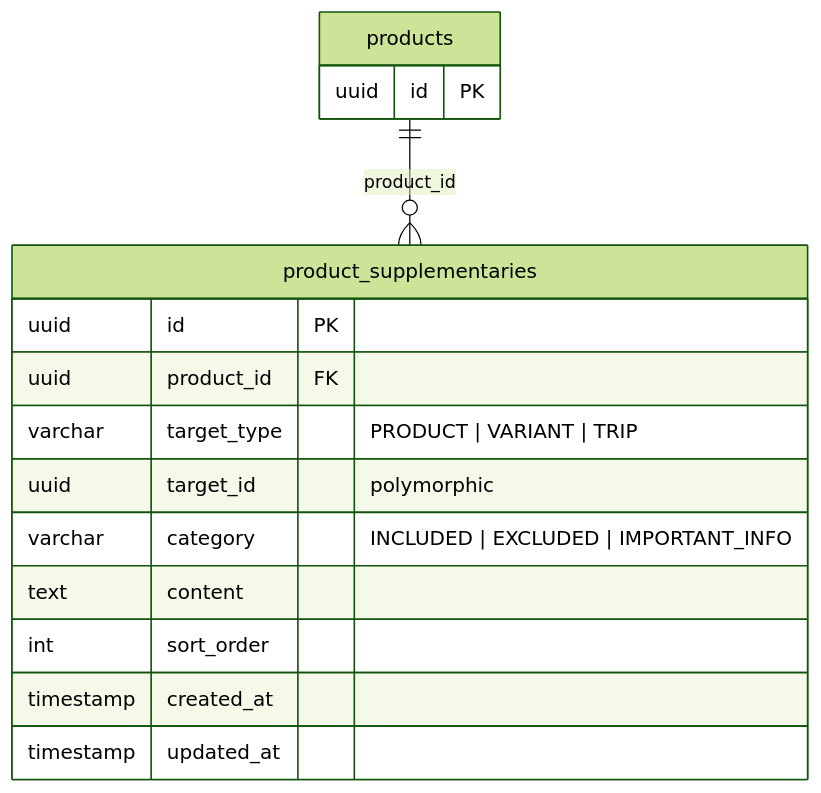
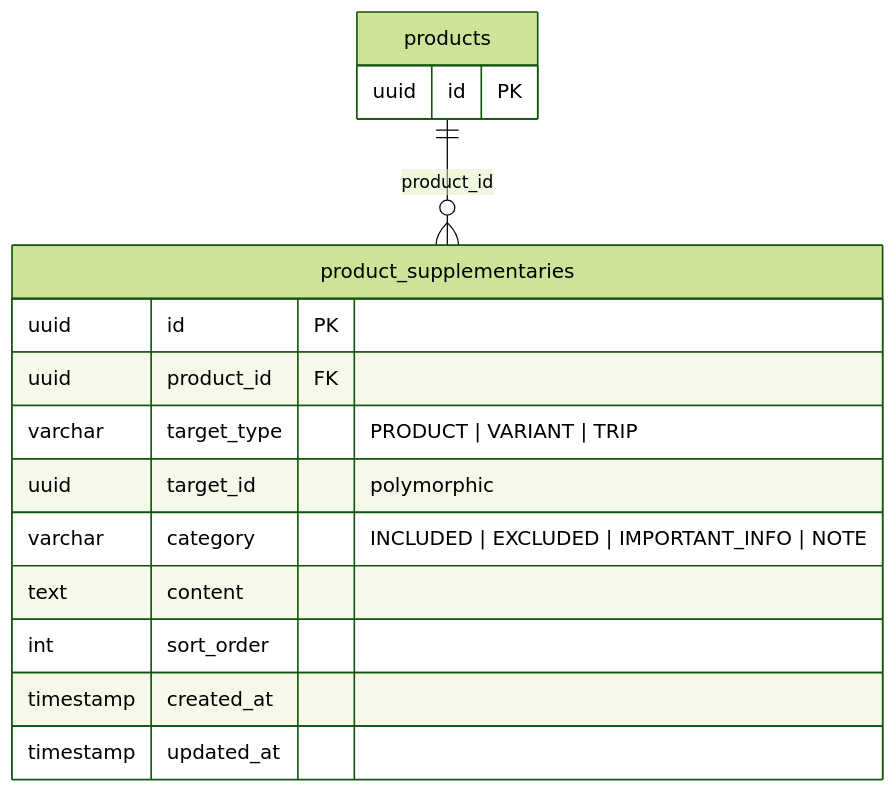
The seventh of 8 diagrams in product-technical-design.md (Haris-saifudin/hobiholidays-documentations), drawn with Mermaid (forest theme) before and after one commit. The commit also changed other lines of this file and 12 other files, not shown here.

````diff
--- a/product-technical-design.md
+++ b/product-technical-design.md
@@ -654,20 +718,20 @@
 ```mermaid
 erDiagram
     products {
         uuid id PK
     }
 
     product_supplementaries {
         uuid      id          PK
         uuid      product_id  FK
         varchar   target_type "PRODUCT | VARIANT | TRIP"
         uuid      target_id   "polymorphic"
-        varchar   category    "INCLUDED | EXCLUDED | IMPORTANT_INFO"
+        varchar   category    "INCLUDED | EXCLUDED | IMPORTANT_INFO | NOTE"
         text      content
         int       sort_order
         timestamp created_at
         timestamp updated_at
     }
 
     products ||--o{ product_supplementaries : "product_id"
 ```
````
